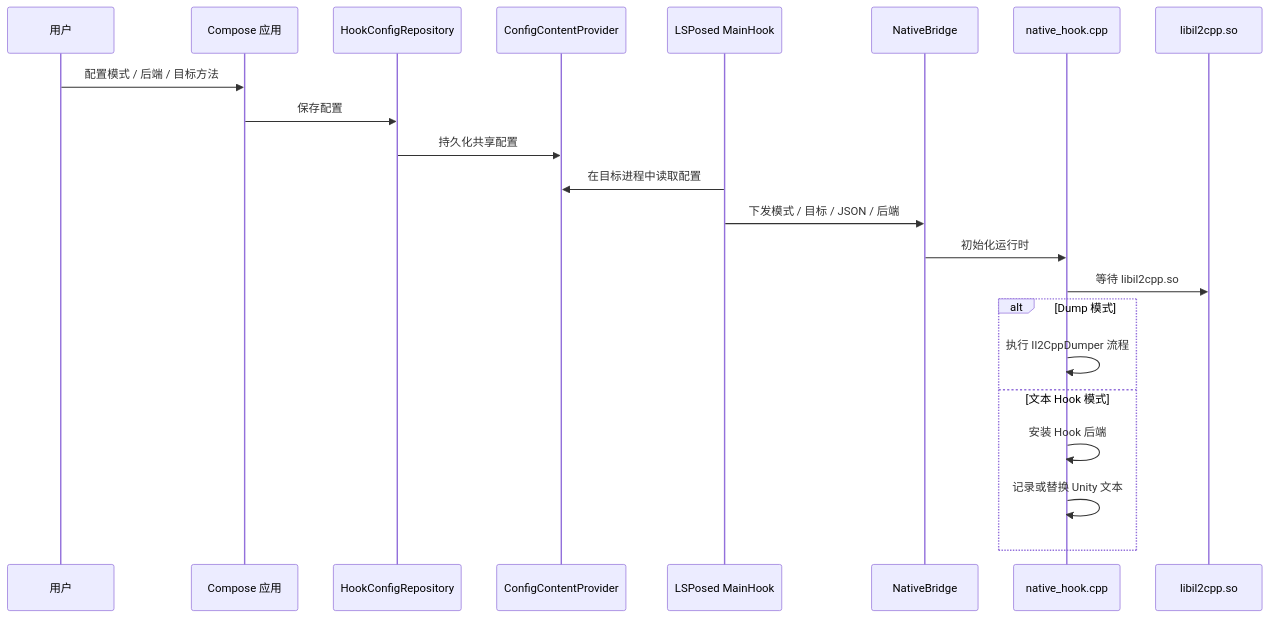
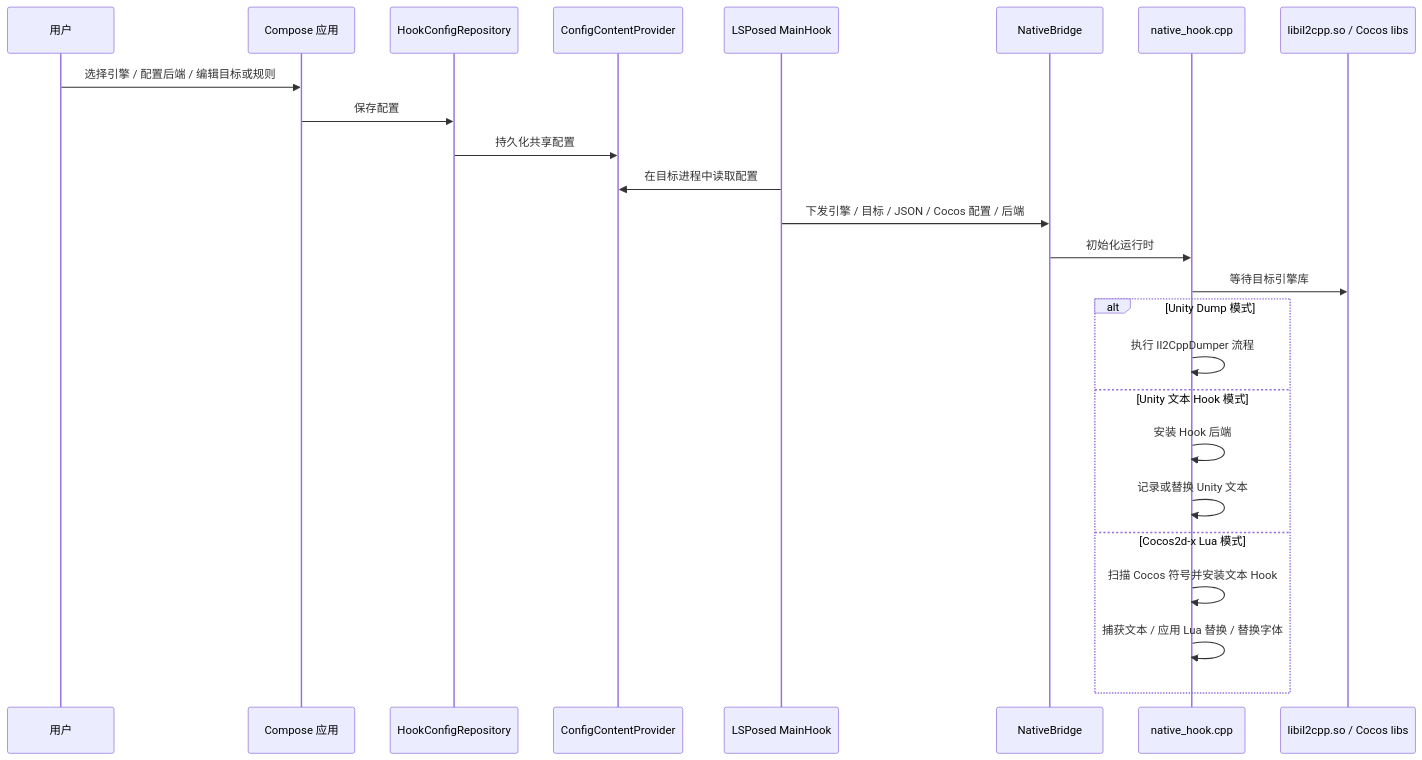
Before and after one commit to 1sLand99/il2Fusion: the second of 2 diagrams in README.md, drawn with Mermaid. The commit also changed other lines of this file and 1 other file, not shown here.

````diff
--- a/README.md
+++ b/README.md
@@ -38,25 +44,28 @@
 ```mermaid
 sequenceDiagram
     participant U as 用户
     participant App as Compose 应用
     participant Repo as HookConfigRepository
     participant Provider as ConfigContentProvider
     participant Hook as LSPosed MainHook
     participant JNI as NativeBridge
     participant Native as native_hook.cpp
-    participant Il2Cpp as libil2cpp.so
+    participant Il2Cpp as libil2cpp.so / Cocos libs
 
-    U->>App: 配置模式 / 后端 / 目标方法
+    U->>App: 选择引擎 / 配置后端 / 编辑目标或规则
     App->>Repo: 保存配置
     Repo->>Provider: 持久化共享配置
     Hook->>Provider: 在目标进程中读取配置
-    Hook->>JNI: 下发模式 / 目标 / JSON / 后端
+    Hook->>JNI: 下发引擎 / 目标 / JSON / Cocos 配置 / 后端
     JNI->>Native: 初始化运行时
-    Native->>Il2Cpp: 等待 libil2cpp.so
-    alt Dump 模式
+    Native->>Il2Cpp: 等待目标引擎库
+    alt Unity Dump 模式
         Native->>Native: 执行 Il2CppDumper 流程
-    else 文本 Hook 模式
+    else Unity 文本 Hook 模式
         Native->>Native: 安装 Hook 后端
         Native->>Native: 记录或替换 Unity 文本
+    else Cocos2d-x Lua 模式
+        Native->>Native: 扫描 Cocos 符号并安装文本 Hook
+        Native->>Native: 捕获文本 / 应用 Lua 替换 / 替换字体
     end
 ```
````
